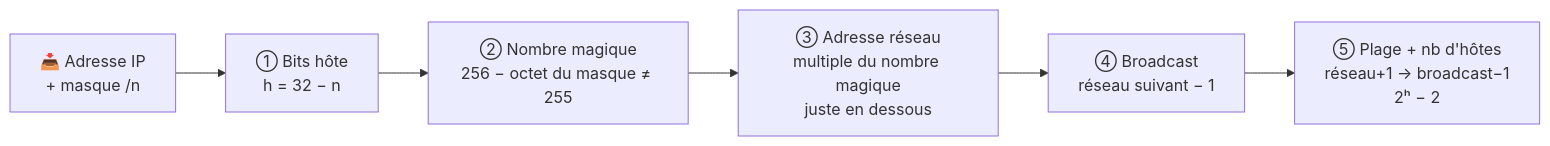
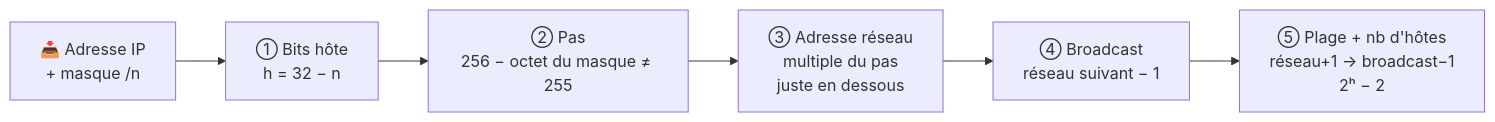
One commit to Maqi25/TSSR-COURS changed the diagram in docs/cours/cours-01-bases-des-reseaux/module-3-l-adressage-ipv4/index.md. Above: the diagram before and after it, drawn with Mermaid. The commit also changed other lines of this file and 1 other file, not shown here.

````diff
--- a/docs/cours/cours-01-bases-des-reseaux/module-3-l-adressage-ipv4/index.md
+++ b/docs/cours/cours-01-bases-des-reseaux/module-3-l-adressage-ipv4/index.md
@@ -45,8 +49,8 @@
 ```mermaid
 flowchart LR
     A["📥 Adresse IP<br/>+ masque /n"] --> B["① Bits hôte<br/>h = 32 − n"]
-    B --> C["② Nombre magique<br/>256 − octet du masque ≠ 255"]
-    C --> D["③ Adresse réseau<br/>multiple du nombre magique<br/>juste en dessous"]
+    B --> C["② Pas<br/>256 − octet du masque ≠ 255"]
+    C --> D["③ Adresse réseau<br/>multiple du pas<br/>juste en dessous"]
     D --> E["④ Broadcast<br/>réseau suivant − 1"]
     E --> F["⑤ Plage + nb d'hôtes<br/>réseau+1 → broadcast−1<br/>2ʰ − 2"]
 ```
````
